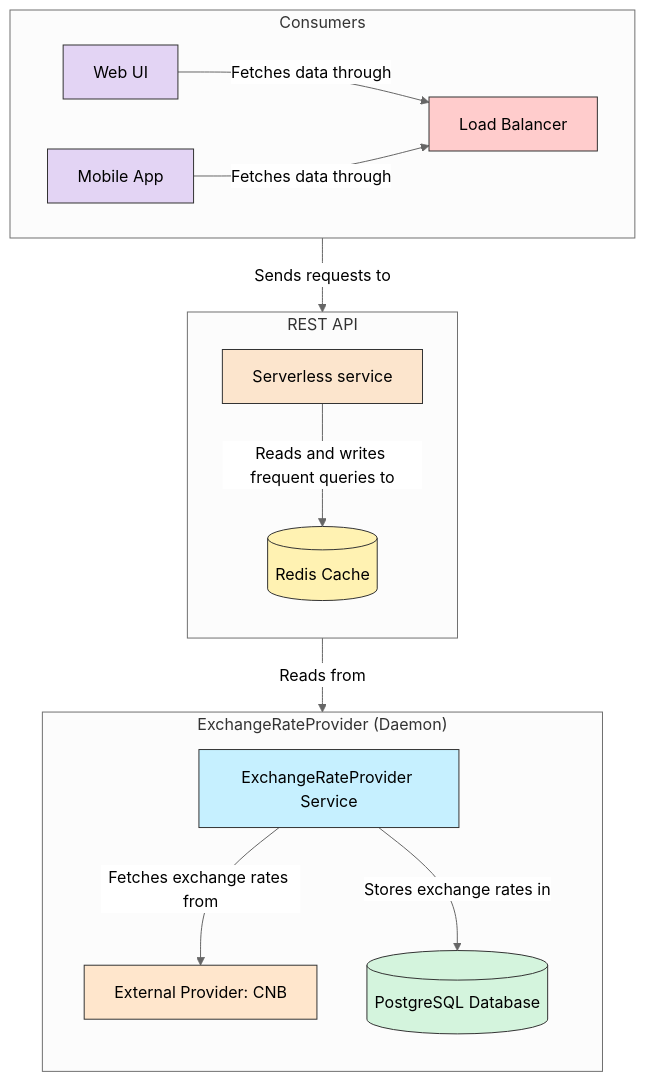
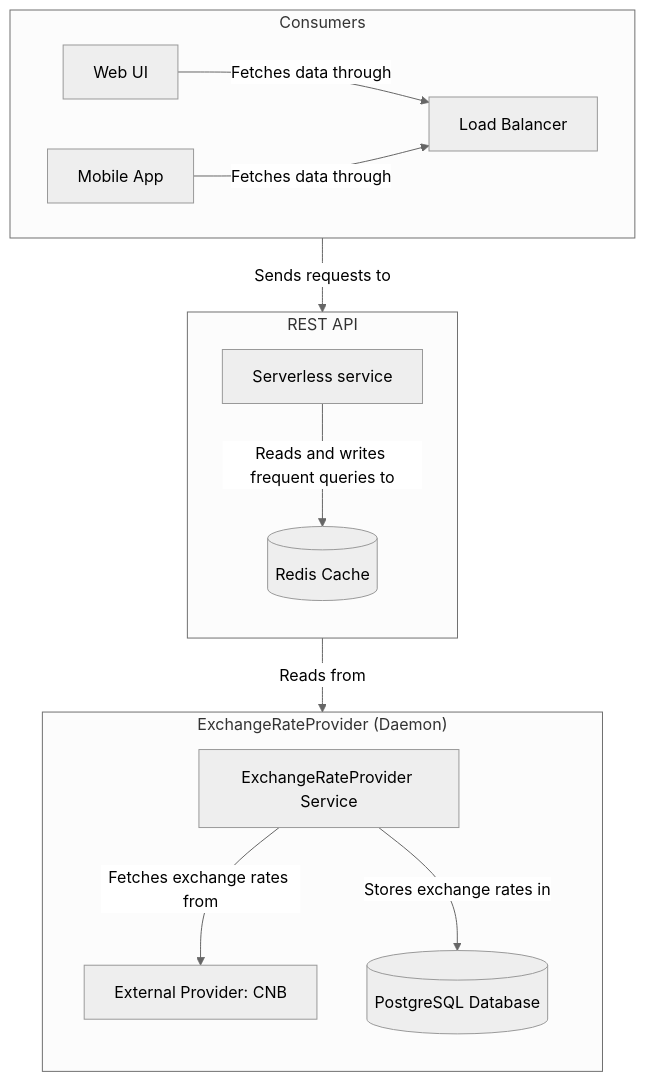
The first of 2 diagrams in jobs/Backend/Readme.md (MewsSystems/developers), drawn with Mermaid (neutral theme) before and after one commit. The commit also changed other lines of this file, not shown here.

Commit message:
no styling

````diff
--- a/jobs/Backend/Readme.md
+++ b/jobs/Backend/Readme.md
@@ -53,45 +53,36 @@
 ```mermaid
 graph TD
 %% Cloud Worker for fetching exchange rates
     subgraph Cloud_Worker["ExchangeRateProvider (Daemon)"]
         direction TB
         ER[ExchangeRateProvider Service]:::worker
         ER -->|Fetches exchange rates from| CNB[External Provider: CNB]:::external
         ER -->|Stores exchange rates in| PDB[(PostgreSQL Database)]:::db
     end
 
 %% API Layer
     subgraph API_Layer["REST API"]
         direction TB
         API[Serverless service]:::api
         API -->|Reads from| PDB
         API -->|Reads and writes frequent queries to| REDIS[(Redis Cache)]:::cache
     end
 
 %% Frontend Layer
     subgraph Frontend["Consumers"]
         direction LR
         LB[Load Balancer]:::lb
         WebUI[Web UI]:::ui
         MobileApp[Mobile App]:::ui
         LB -->|Sends requests to| API
         WebUI -->|Fetches data through| LB
         MobileApp -->|Fetches data through| LB
     end
 
-%% Styling
-    classDef worker fill: #c6f0ff, stroke: #333, stroke-width: 1px;
-    classDef db fill: #d4f4dd, stroke: #333, stroke-width: 1px;
-    classDef api fill: #fce5cd, stroke: #333, stroke-width: 1px;
-    classDef cache fill: #fff2b2, stroke: #333, stroke-width: 1px;
-    classDef ui fill: #e3d4f4, stroke: #333, stroke-width: 1px;
-    classDef lb fill: #ffcccc, stroke: #333, stroke-width: 1px;
-    classDef external fill: #ffe6cc, stroke: #333, stroke-width: 1px;
-
 %% Comments
 %% ExchangeRateProvider fetches data from CNB and stores it in PostgreSQL
 %% REST API reads data from PostgreSQL and reads/writes cache in Redis
 %% Load Balancer sends requests from consumers to REST API
 %% Web UI and Mobile App fetch data from Load Balancer using React Query for caching
 
 ```
````
